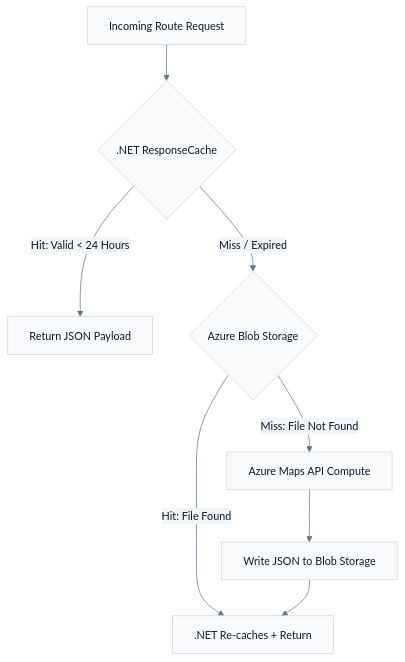
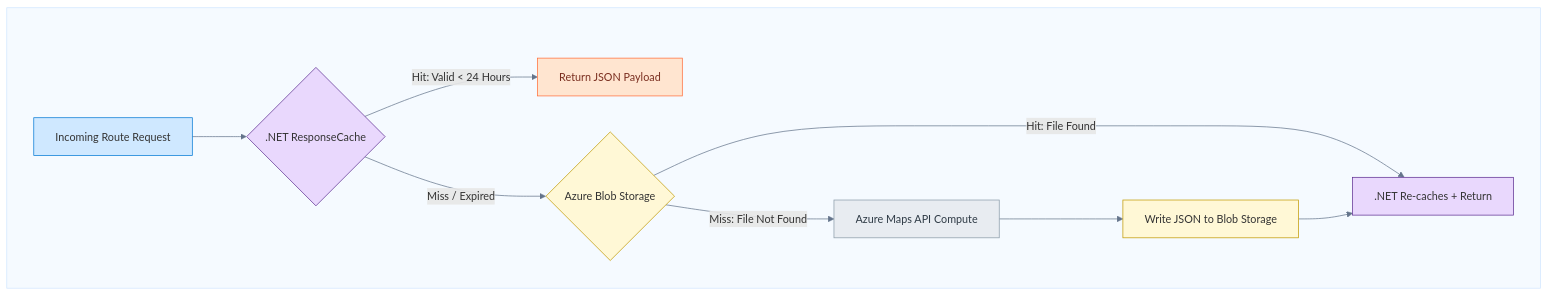
Before and after one commit to acforbes/freight-logistics-architecture: the fifth of 5 diagrams in presentation.md, drawn with Mermaid. The commit also changed other lines of this file and 8 other files, not shown here.

Commit message:
docs: presentation mermaid graph styling and config for png saves

````diff
--- a/presentation.md
+++ b/presentation.md
@@ -311,25 +351,37 @@
 ```mermaid
 %%{init: {
-  'theme': 'base',
+  'theme': '',
   'themeVariables': {
     'fontFamily': 'Arial, sans-serif',
     'fontSize': '15px',
     'primaryColor': '#f8fafc',
     'primaryTextColor': '#0f172a',
     'primaryBorderColor': '#cbd5e1',
     'lineColor': '#64748b',
     'secondaryColor': '#f1f5f9',
     'tertiaryColor': '#ffffff'
   }
 }}%%
-graph TD
-    Req[Incoming Route Request] --> T1{.NET ResponseCache}
-    T1 -->|Hit: Valid < 24 Hours| Return[Return JSON Payload]
-    
-    T1 -->|Miss / Expired| T2{Azure Blob Storage}
-    T2 -->|Hit: File Found| Warm[.NET Re-caches + Return]
-    
-    T2 -->|Miss: File Not Found| T3[Azure Maps API Compute]
-    T3 --> Save[Write JSON to Blob Storage]
-    Save --> Warm
+graph LR
+    style Container fill:#F5FAFF,stroke:#D0E6FF,color:#003366;
+
+    classDef swa fill:#CFE8FF,stroke:#0078D4,color:#003366;  %% Light Azure blue
+    classDef app fill:#E9D8FD,stroke:#5C2D91,color:#2D1650;  %% Light Azure purple
+    classDef blob fill:#FFF8D6,stroke:#C19A00,color:#5A4A00; %% Light Blob yellow
+    classDef json fill:#FFE5D0,stroke:#FF6C37,color:#7A2E1F;
+    classDef maps fill:#E8ECF1,stroke:#8A9BA8,color:#2E3A45;
+
+    subgraph Container[ ]
+      direction LR
+
+      Req[Incoming Route Request]:::swa --> T1{.NET ResponseCache}:::app
+      T1 -->|Hit: Valid < 24 Hours| Return[Return JSON Payload]:::json
+      
+      T1 -->|Miss / Expired| T2{Azure Blob Storage}:::blob
+      T2 -->|Hit: File Found| Warm[.NET Re-caches + Return]:::app
+      
+      T2 -->|Miss: File Not Found| T3[Azure Maps API Compute]:::maps
+      T3 --> Save[Write JSON to Blob Storage]:::blob
+      Save --> Warm
+    end
 ```
````
